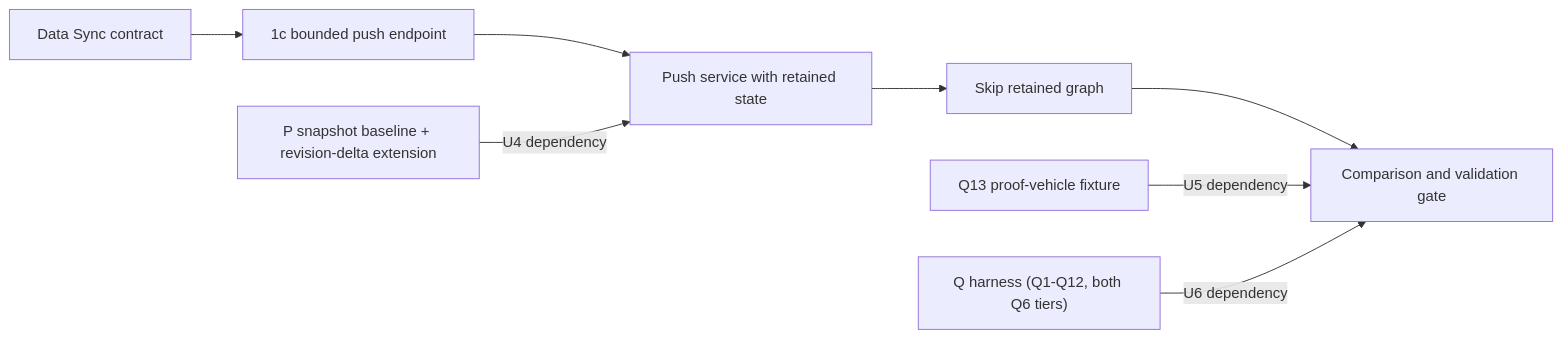
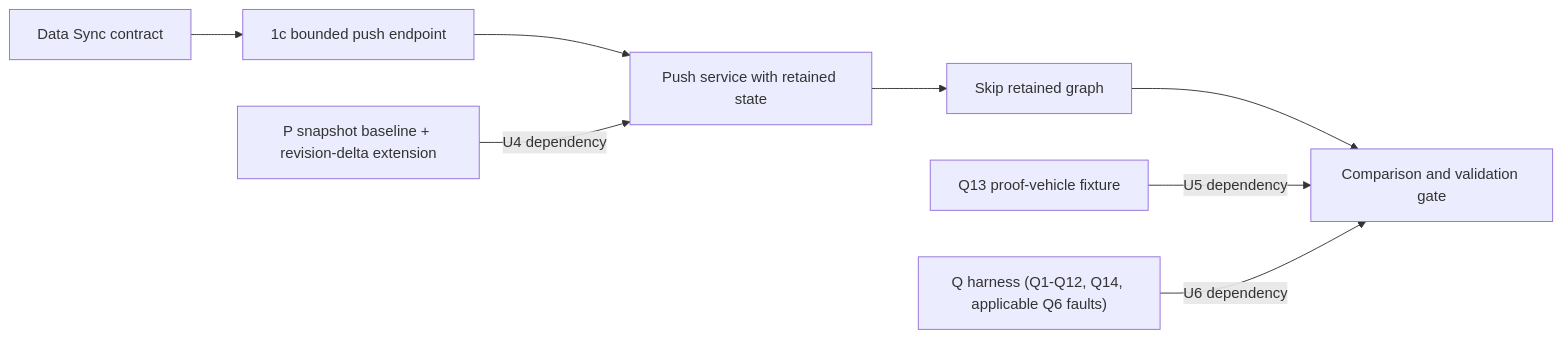
Before and after one commit to billf/convex-backend: the first of 5 diagrams in docs/plans/2026-09-10-1854-feat-skip-data-sync-push-source-spike-plan.md, drawn with Mermaid. The commit also changed other lines of this file, not shown here.

First line of the commit message:
Limit 1c to applicable Q6 faults and adopt Q14 and Q13 baselines

````diff
--- a/docs/plans/2026-09-10-1854-feat-skip-data-sync-push-source-spike-plan.md
+++ b/docs/plans/2026-09-10-1854-feat-skip-data-sync-push-source-spike-plan.md
@@ -123,10 +123,10 @@
 ```mermaid
 flowchart LR
   dataSync["Data Sync contract"] --> endpoint["1c bounded push endpoint"]
   endpoint --> service["Push service with retained state"]
   service --> skipGraph["Skip retained graph"]
   skipGraph --> harness["Comparison and validation gate"]
   p["P snapshot baseline + revision-delta extension"] -->|"U4 dependency"| service
   q13["Q13 proof-vehicle fixture"] -->|"U5 dependency"| harness
-  q["Q harness (Q1-Q12, both Q6 tiers)"] -->|"U6 dependency"| harness
+  q["Q harness (Q1-Q12, Q14, applicable Q6 faults)"] -->|"U6 dependency"| harness
 ```
````
